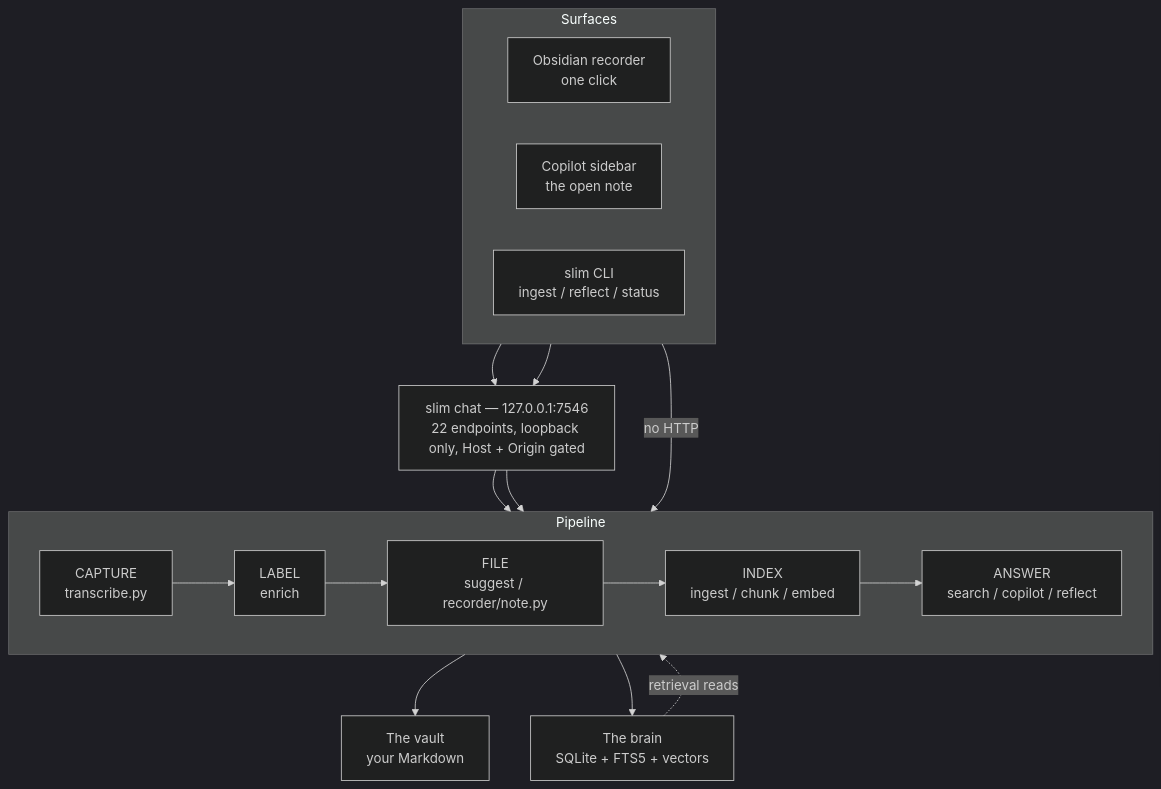
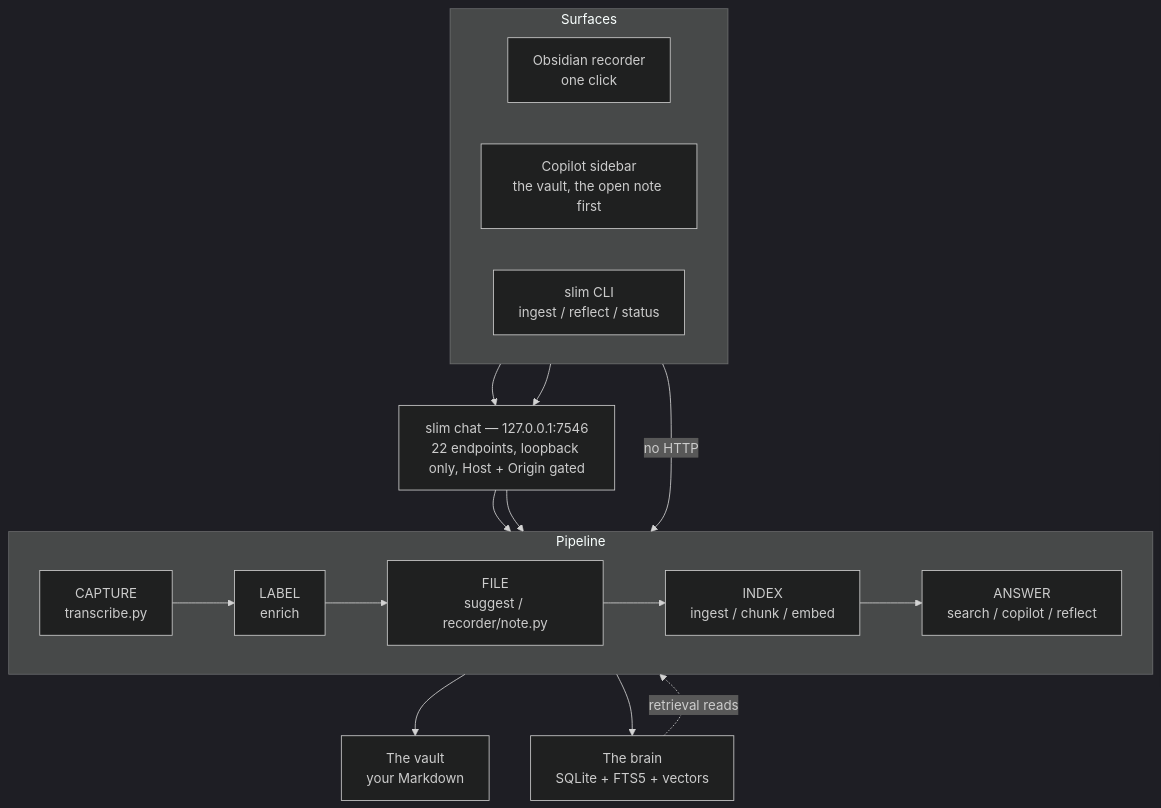
One commit to TimurAkhtemov/slim-obsidian changed the first of 4 diagrams in README.md. Above: the diagram before and after it, drawn with Mermaid (dark theme). The commit also changed other lines of this file and 2 other files, not shown here.

First line of the commit message:
docs: Talk is one vault-wide loop; the privacy gates and the gate path are gone

````diff
--- a/README.md
+++ b/README.md
@@ -42,31 +42,31 @@
 ```mermaid
 flowchart TB
     subgraph S["Surfaces"]
         direction LR
         REC["Obsidian recorder<br/>one click"]
-        COP["Copilot sidebar<br/>the open note"]
+        COP["Copilot sidebar<br/>the vault, the open note first"]
         CLI["slim CLI<br/>ingest / reflect / status"]
     end
 
     SRV["slim chat — 127.0.0.1:7546<br/>22 endpoints, loopback only, Host + Origin gated"]
 
     subgraph P["Pipeline"]
         direction LR
         CAP["CAPTURE<br/>transcribe.py"] --> LAB["LABEL<br/>enrich"]
         LAB --> FIL["FILE<br/>suggest / recorder/note.py"]
         FIL --> IDX["INDEX<br/>ingest / chunk / embed"]
         IDX --> ANS["ANSWER<br/>search / copilot / reflect"]
     end
 
     VAULT["The vault<br/>your Markdown"]
     BRAIN["The brain<br/>SQLite + FTS5 + vectors"]
 
     REC --> SRV
     COP --> SRV
     SRV --> CAP
     SRV --> ANS
     CLI -- "no HTTP" --> IDX
     FIL --> VAULT
     IDX --> BRAIN
     BRAIN -. "retrieval reads" .-> ANS
 ```
````
